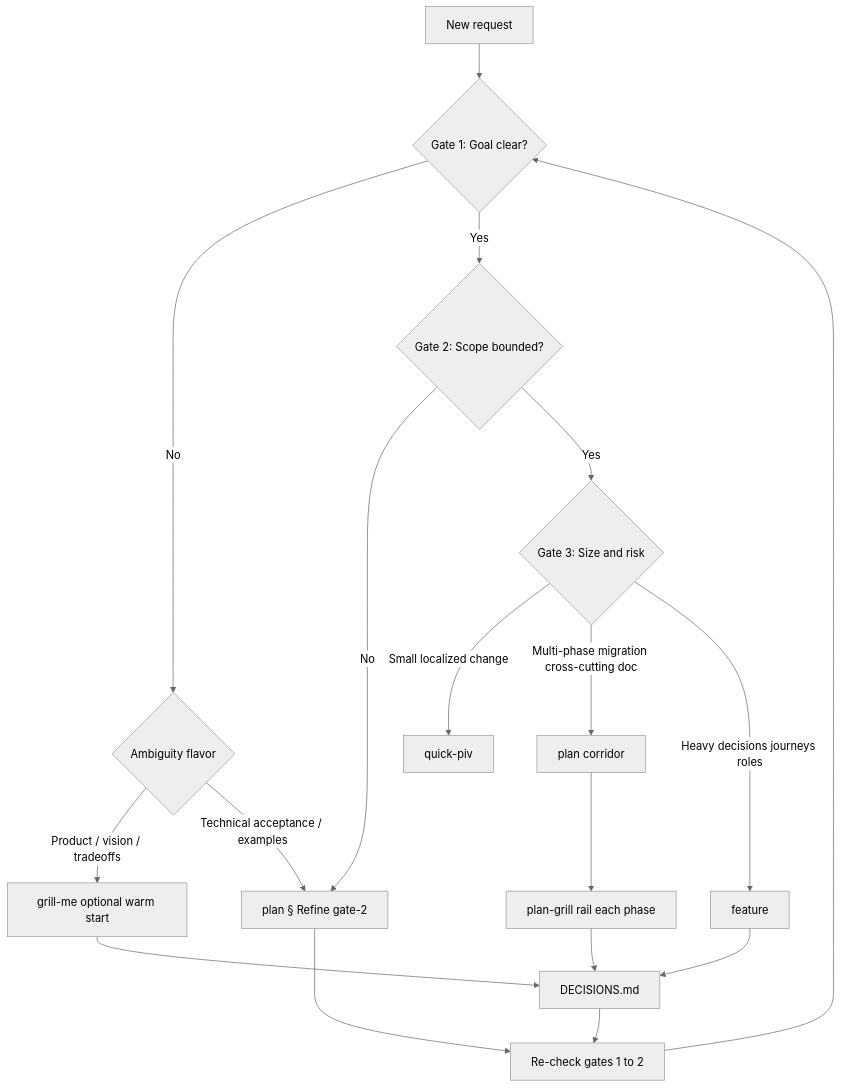
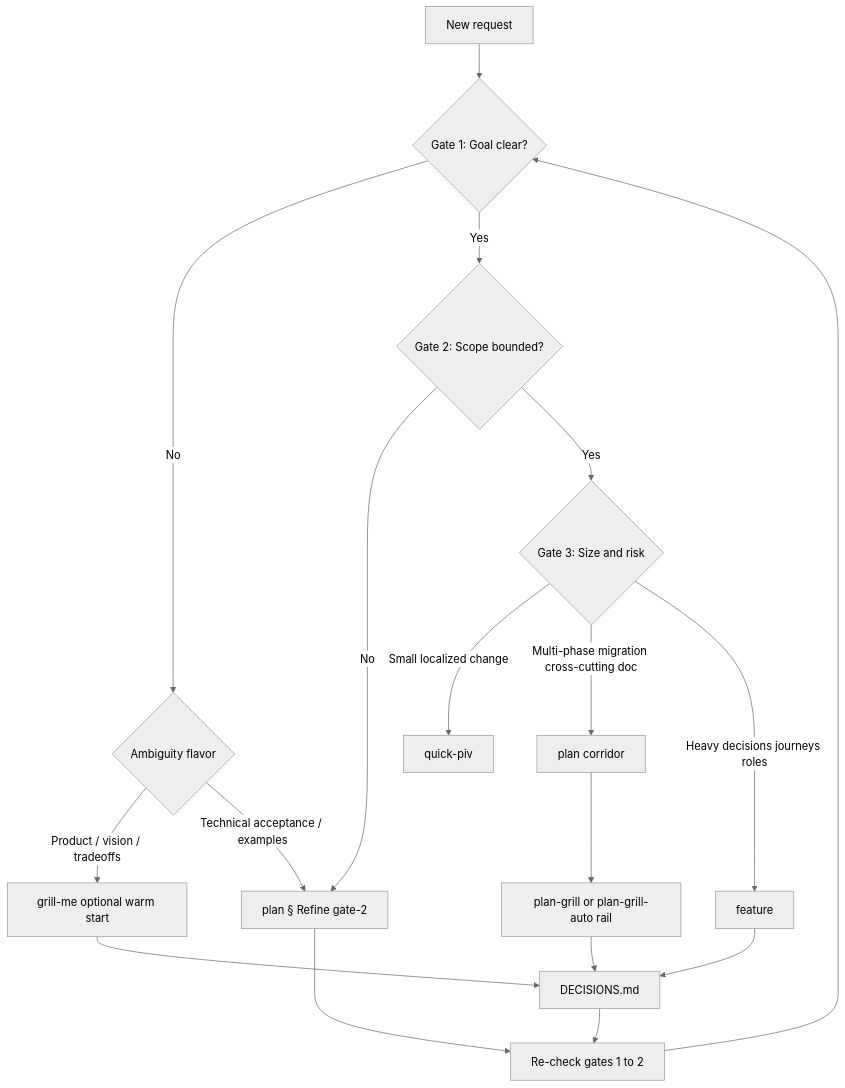
One commit to TMI-apps/plate-harness changed the diagram in .agents/skills/router/SKILL.md. Above: the diagram before and after it, drawn with Mermaid (neutral theme). The commit also changed other lines of this file and 19 other files, not shown here.

First line of the commit message:
chore: Add plan-grill-auto and align the plan corridor

````diff
--- a/.agents/skills/router/SKILL.md
+++ b/.agents/skills/router/SKILL.md
@@ -157,20 +157,20 @@
 ```mermaid
 flowchart TD
   A[New request] --> B{Gate 1: Goal clear?}
   B -->|No| C{Ambiguity flavor}
   C -->|Product / vision / tradeoffs| D[grill-me optional warm start]
   C -->|Technical acceptance / examples| E[plan § Refine gate-2]
   B -->|Yes| F{Gate 2: Scope bounded?}
   F -->|No| E
   F -->|Yes| G{Gate 3: Size and risk}
   G -->|Small localized change| H[quick-piv]
   G -->|Multi-phase migration cross-cutting doc| I[plan corridor]
   G -->|Heavy decisions journeys roles| J[feature]
   D --> L[DECISIONS.md]
   L --> K[Re-check gates 1 to 2]
   E --> K
   K --> B
-  I --> R[plan-grill rail each phase]
+  I --> R[plan-grill or plan-grill-auto rail]
   R --> L
   J --> L
 ```
````
